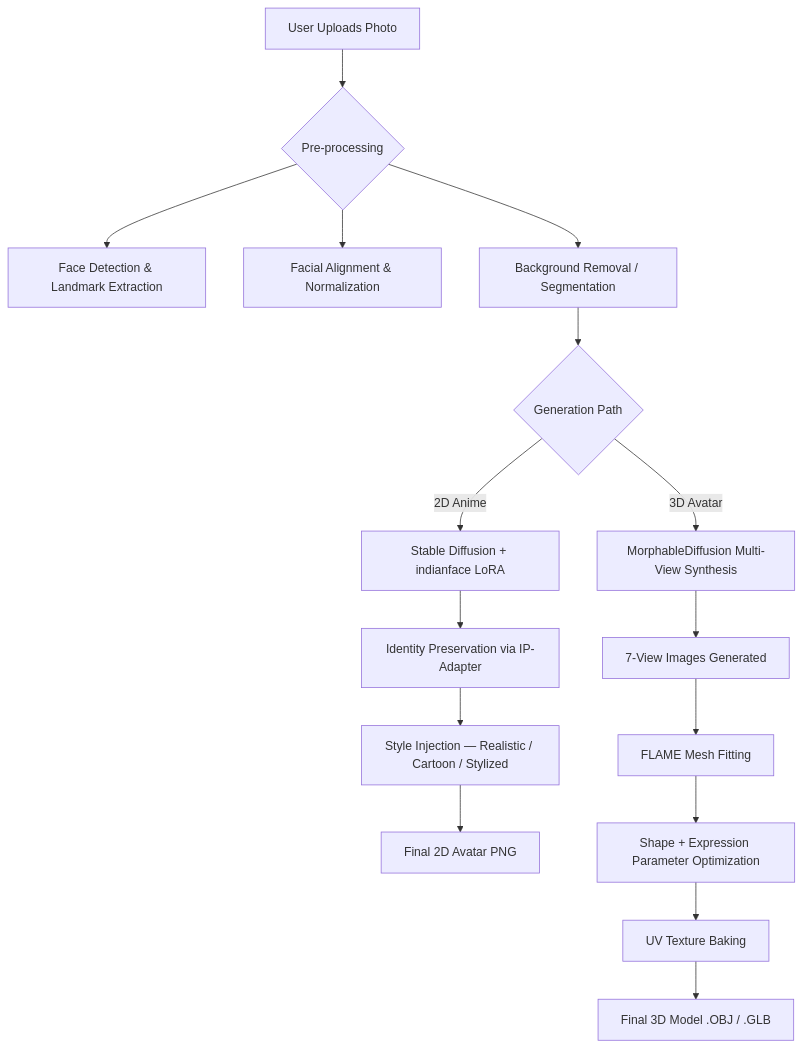
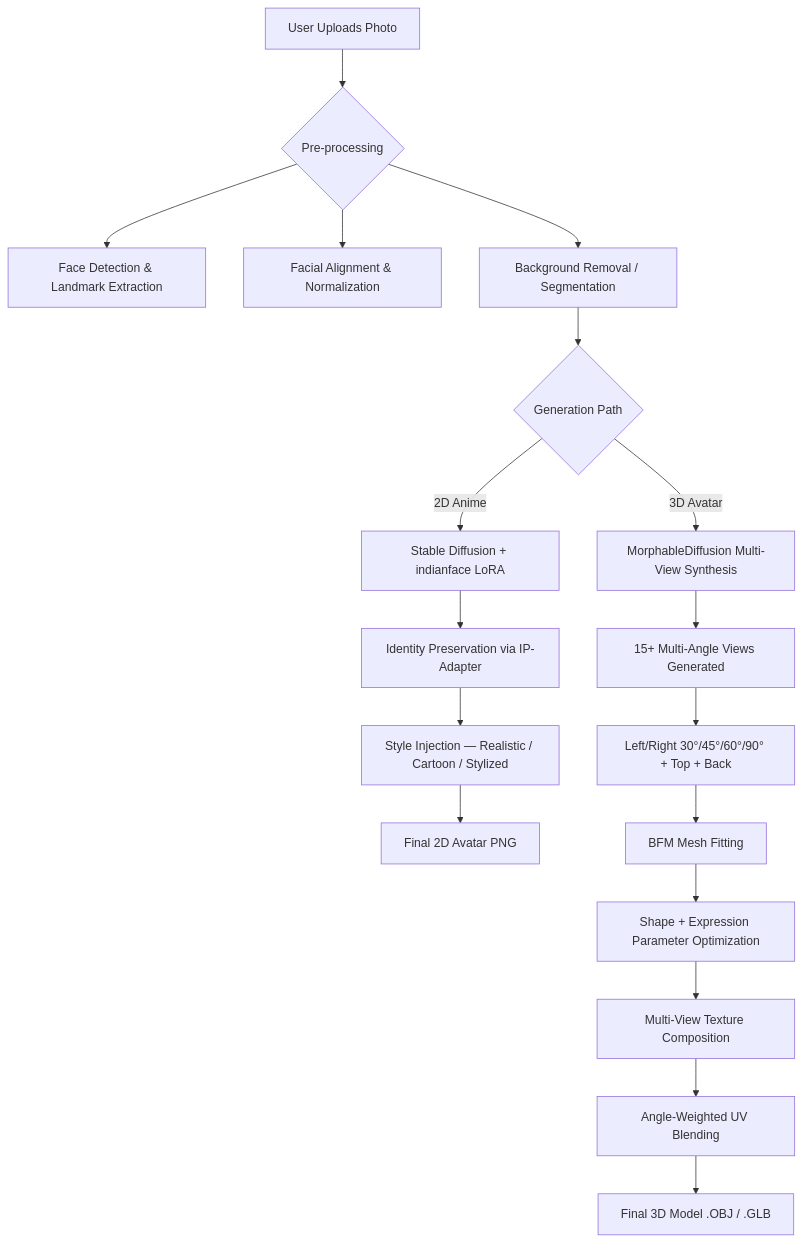
The diagram in README.md (Dhruvil1308/Single-Image-to-Stylized-3D), drawn with Mermaid before and after one commit. The commit also changed other lines of this file and 6 other files, not shown here.

````diff
--- a/README.md
+++ b/README.md
@@ -20,21 +20,23 @@
 ```mermaid
 graph TD
     A[User Uploads Photo] --> B{Pre-processing}
     B --> B1[Face Detection & Landmark Extraction]
     B --> B2[Facial Alignment & Normalization]
     B --> B3[Background Removal / Segmentation]
 
     B3 --> C{Generation Path}
 
     C -->|2D Anime| D[Stable Diffusion + indianface LoRA]
     D --> D1[Identity Preservation via IP-Adapter]
     D1 --> D2[Style Injection — Realistic / Cartoon / Stylized]
     D2 --> E[Final 2D Avatar PNG]
 
     C -->|3D Avatar| F[MorphableDiffusion Multi-View Synthesis]
-    F --> F1[7-View Images Generated]
-    F1 --> G[FLAME Mesh Fitting]
+    F --> F1["15+ Multi-Angle Views Generated"]
+    F1 --> F2["Left/Right 30°/45°/60°/90° + Top + Back"]
+    F2 --> G[BFM Mesh Fitting]
     G --> G1[Shape + Expression Parameter Optimization]
-    G1 --> G2[UV Texture Baking]
-    G2 --> H[Final 3D Model .OBJ / .GLB]
+    G1 --> G2["Multi-View Texture Composition"]
+    G2 --> G3["Angle-Weighted UV Blending"]
+    G3 --> H[Final 3D Model .OBJ / .GLB]
 ```
````
